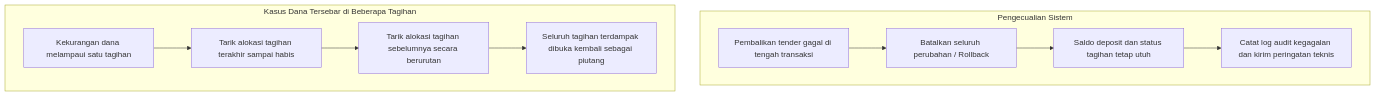
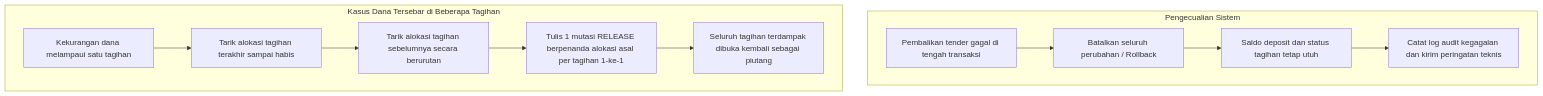
Before and after one commit to DevBenari/NewQuilvianSystemBackend: the second of 2 diagrams in docs/module-blueprints/billing-kasir/flowcharts/pembalikan-tender-deposit.md, drawn with Mermaid. The commit also changed other lines of this file and 81 other files, not shown here.

````diff
--- a/docs/module-blueprints/billing-kasir/flowcharts/pembalikan-tender-deposit.md
+++ b/docs/module-blueprints/billing-kasir/flowcharts/pembalikan-tender-deposit.md
@@ -70,14 +70,15 @@
 ```mermaid
 flowchart TD
     subgraph Pengecualian["Pengecualian Sistem"]
         E1[Pembalikan tender gagal di tengah transaksi] --> E2[Batalkan seluruh perubahan / Rollback]
         E2 --> E3[Saldo deposit dan status tagihan tetap utuh]
         E3 --> E4[Catat log audit kegagalan dan kirim peringatan teknis]
     end
 
     subgraph KasusKhusus["Kasus Dana Tersebar di Beberapa Tagihan"]
         F1[Kekurangan dana melampaui satu tagihan] --> F2[Tarik alokasi tagihan terakhir sampai habis]
         F2 --> F3[Tarik alokasi tagihan sebelumnya secara berurutan]
-        F3 --> F4[Seluruh tagihan terdampak dibuka kembali sebagai piutang]
+        F3 --> F4[Tulis 1 mutasi RELEASE berpenanda alokasi asal per tagihan 1-ke-1]
+        F4 --> F5[Seluruh tagihan terdampak dibuka kembali sebagai piutang]
     end
 ```
````
